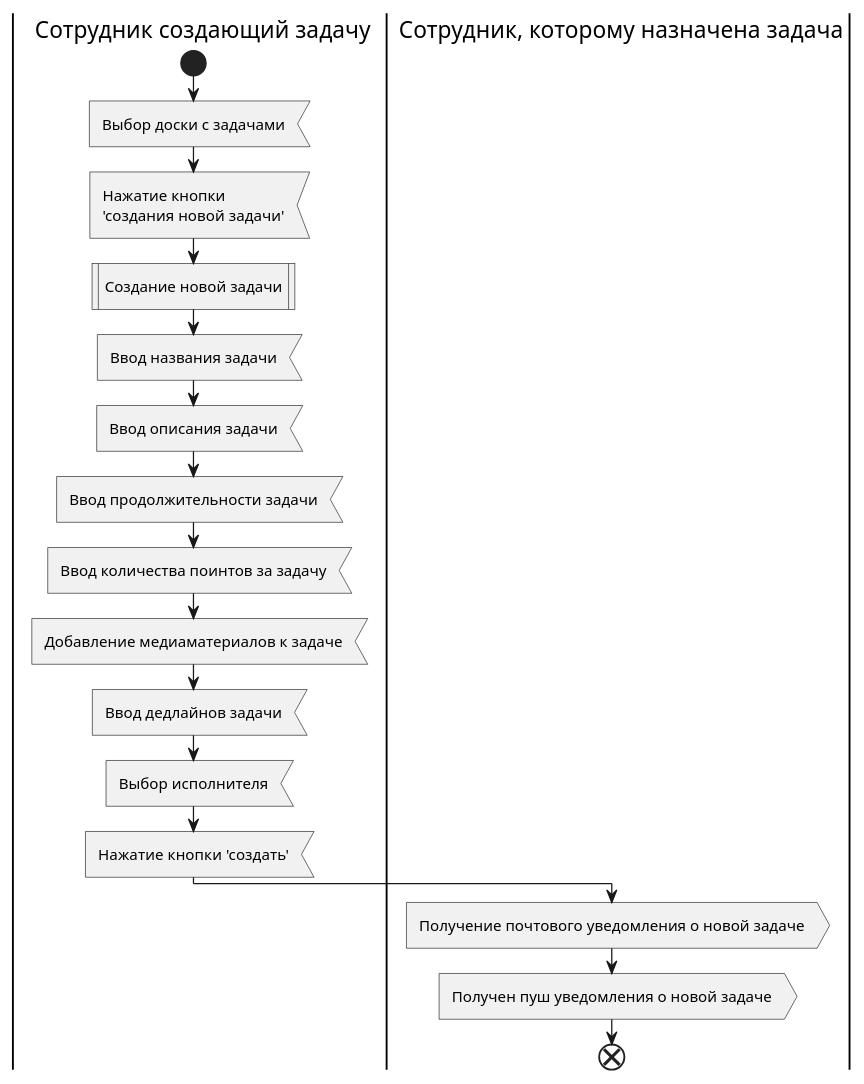
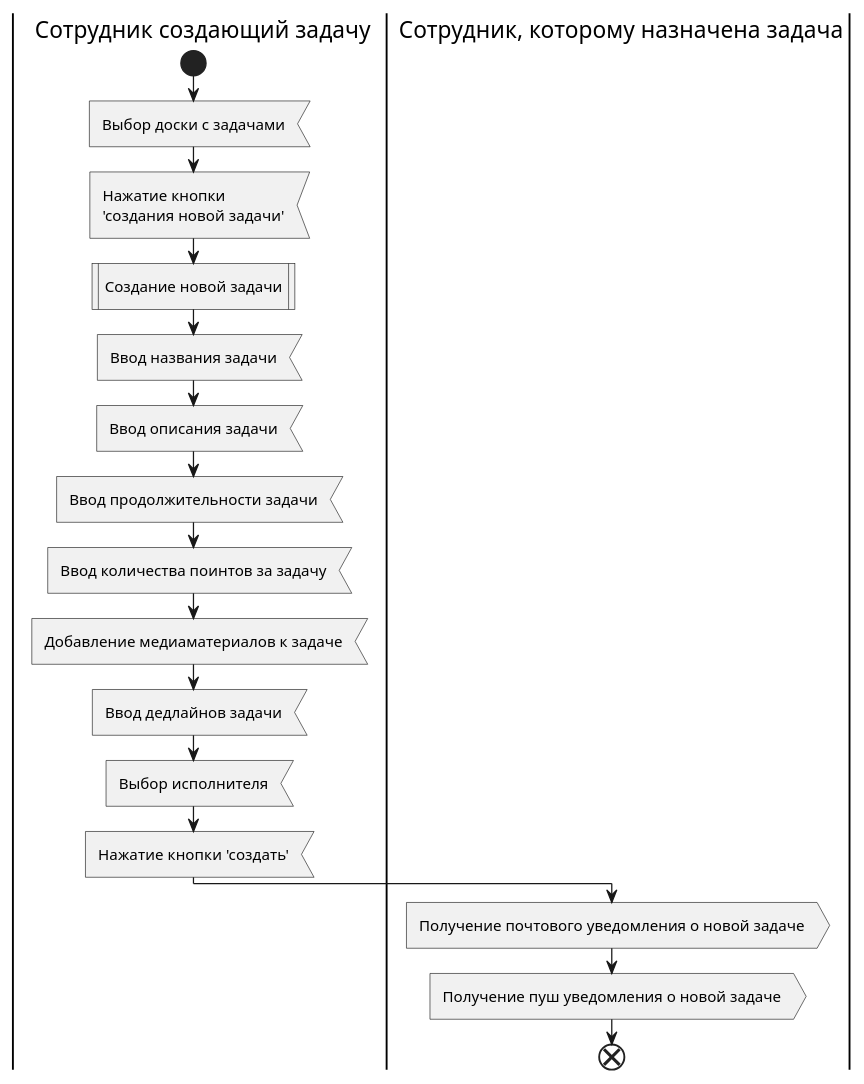
Before and after one commit to SilentSt/FastTasks: the diagram in uml/activity/user/creating_task.puml, drawn with PlantUML. The commit also changed 26 other files, not shown here.

```diff
--- a/uml/activity/user/creating_task.puml
+++ b/uml/activity/user/creating_task.puml
@@ -1,26 +1,26 @@
 @startuml creatingTask
 'https://plantuml.com/activity-diagram-beta
 
 |C1| Сотрудник создающий задачу
 |С2| Сотрудник, которому назначена задача
 |C1|
 start
     :Выбор доски с задачами<
     :Нажатие кнопки\n'создания новой задачи'<
     :Создание новой задачи|
     :Ввод названия задачи<
     :Ввод описания задачи<
     :Ввод продолжительности задачи<
     :Ввод количества поинтов за задачу<
     :Добавление медиаматериалов к задаче<
     :Ввод дедлайнов задачи<
     :Выбор исполнителя<
     :Нажатие кнопки 'создать'<
     |С2|
     :Получение почтового уведомления о новой задаче>
-    :Получен пуш уведомления о новой задаче>
+    :Получение пуш уведомления о новой задаче>
 end
 
 
 
 @enduml
```
